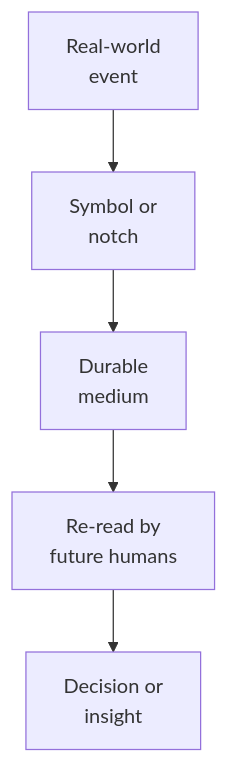
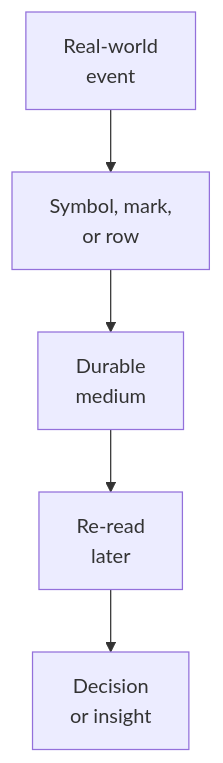
One commit to dataslope/dataslope changed the first of 3 diagrams in content/learn/data-analysis-python-pandas/history-of-data.mdx. Above: the diagram before and after it, drawn with Mermaid. The commit also changed other lines of this file and 25 other files, not shown here.

````diff
--- a/content/learn/data-analysis-python-pandas/history-of-data.mdx
+++ b/content/learn/data-analysis-python-pandas/history-of-data.mdx
@@ -62,7 +77,7 @@
 ```mermaid
 flowchart TD
-    A[Real-world<br/>event] --> B[Symbol or<br/>notch]
-    B --> C[Durable<br/>medium]
-    C --> D[Re-read by<br/>future humans]
-    D --> E[Decision or<br/>insight]
+    A["Real-world<br/>event"] --> B["Symbol, mark,<br/>or row"]
+    B --> C["Durable<br/>medium"]
+    C --> D["Re-read<br/>later"]
+    D --> E["Decision<br/>or insight"]
 ```
````
